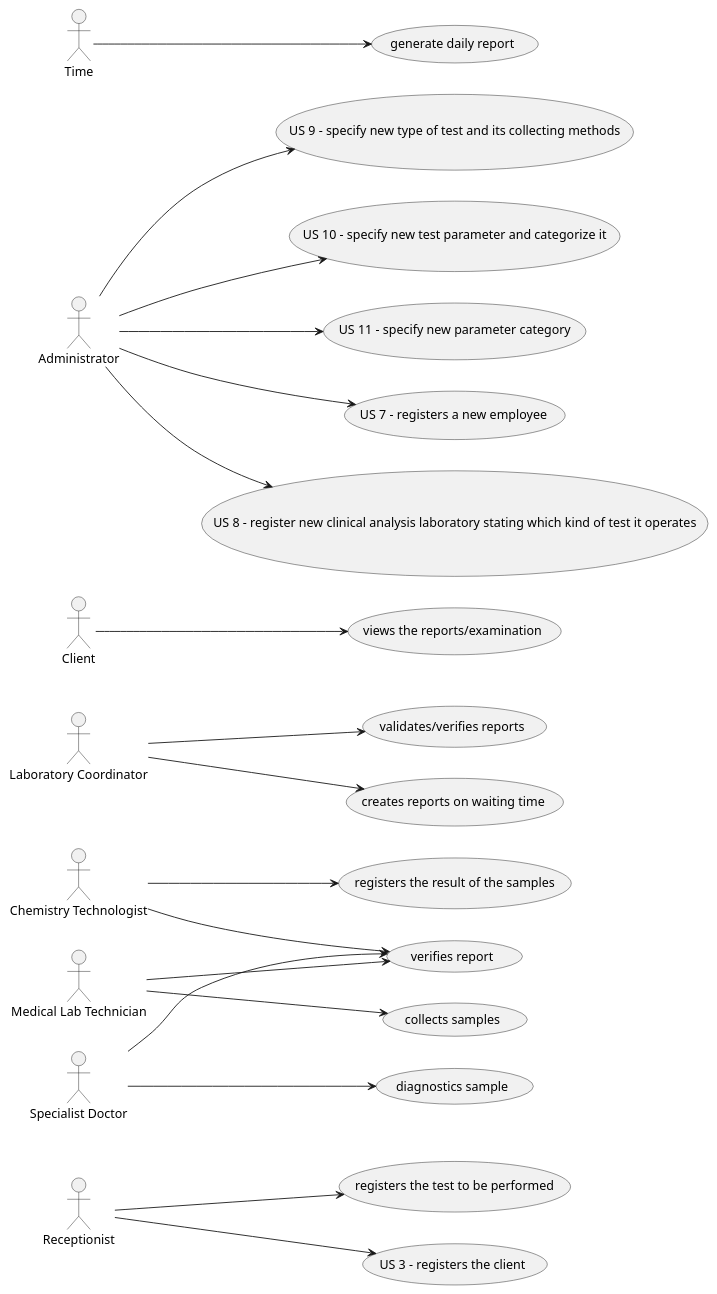
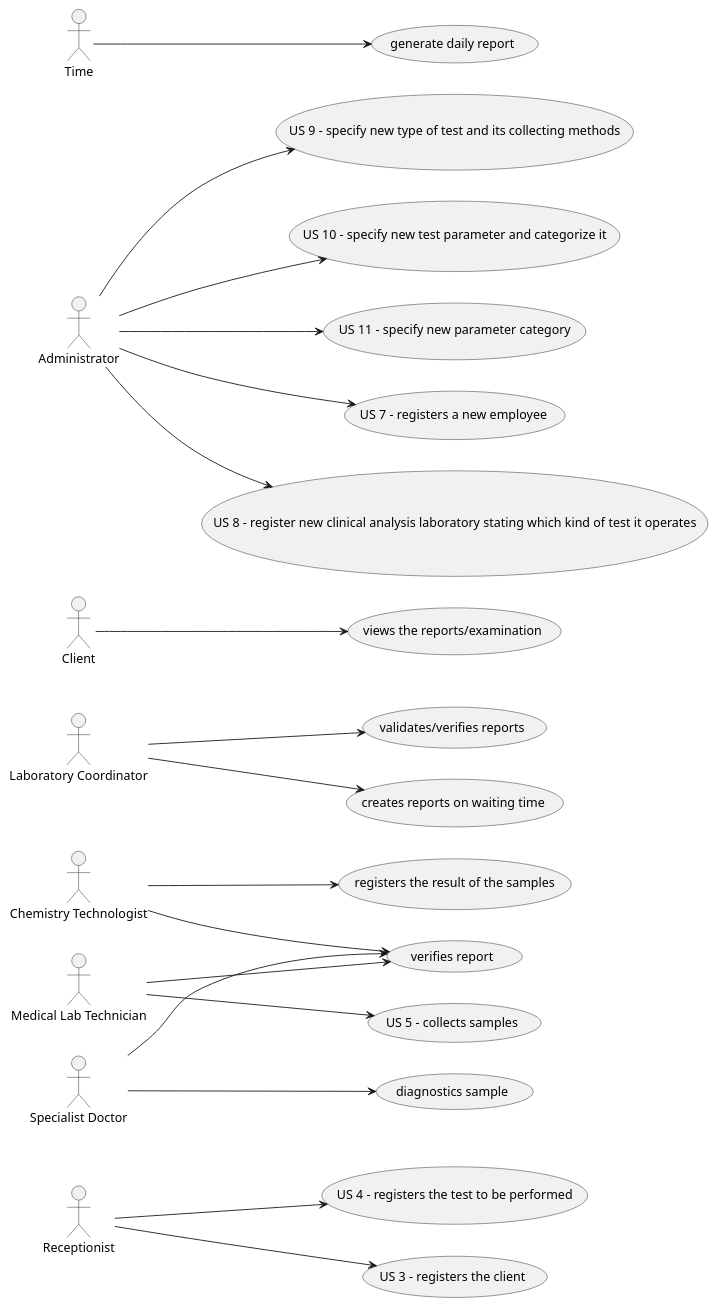
The diagram in docs/SprintB/UCD.puml (jsmarques98/LAPR2-ISEP), drawn with PlantUML before and after one commit. The commit also changed 4 other files, not shown here.

```diff
--- a/docs/SprintB/UCD.puml
+++ b/docs/SprintB/UCD.puml
@@ -1,30 +1,30 @@
 @startuml
 left to right direction
 
-:Receptionist: --> (registers the test to be performed)
+:Receptionist: --> (US 4 - registers the test to be performed)
 :Receptionist: --> (US 3 - registers the client)
 
 :Chemistry Technologist: --> (registers the result of the samples)
 :Chemistry Technologist: --> (verifies report)
 
-:Medical Lab Technician: --> (collects samples)
+:Medical Lab Technician: --> (US 5 - collects samples)
 :Medical Lab Technician: --> (verifies report)
 
 :Specialist Doctor: --> (diagnostics sample)
 :Specialist Doctor: --> (verifies report)
 
 :Laboratory Coordinator: --> (validates/verifies reports)
 :Laboratory Coordinator: --> (creates reports on waiting time)
 
 :Client: --> (views the reports/examination)
 
 :Administrator: --> (US 9 - specify new type of test and its collecting methods)
 :Administrator: --> (US 10 - specify new test parameter and categorize it)
 :Administrator: --> (US 11 - specify new parameter category)
 :Administrator: --> (US 7 - registers a new employee)
 :Administrator: --> (US 8 - register new clinical analysis laboratory stating which kind of test it operates)
 
 
 :Time: --> (generate daily report)
 
 @enduml
```
